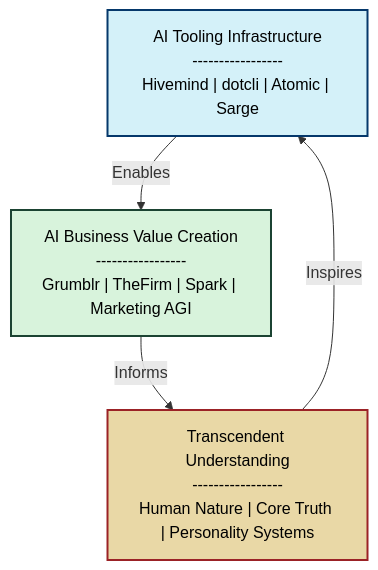
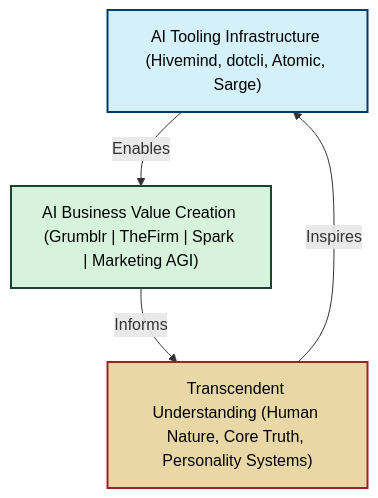
One commit to andrewhopper/vision316 changed the diagram in README.md. Above: the diagram before and after it, drawn with Mermaid.

Commit message:
update diagram

````diff
--- a/README.md
+++ b/README.md
@@ -3,18 +3,18 @@
 ```mermaid
 flowchart TD
-    Infrastructure["AI Tooling Infrastructure\n-----------------\nHivemind | dotcli | Atomic | Sarge"]
-    Business["AI Business Value Creation\n-----------------\nGrumblr | TheFirm | Spark | Marketing AGI"]
-    Transcendent["Transcendent Understanding\n-----------------\nHuman Nature | Core Truth | Personality Systems"]
+    Infrastructure["AI Tooling Infrastructure (Hivemind, dotcli, Atomic, Sarge)"]
+    Business["AI Business Value Creation (Grumblr | TheFirm | Spark | Marketing AGI)"]
+    Transcendent["Transcendent Understanding (Human Nature, Core Truth, Personality Systems)"]
     
     Infrastructure -->|"Enables"| Business
     Business -->|"Informs"| Transcendent
     Transcendent -->|"Inspires"| Infrastructure
     
     classDef infra fill:#d4f1f9,stroke:#05386B,stroke-width:2px,color:black
     classDef business fill:#d8f3dc,stroke:#1b4332,stroke-width:2px,color:black
     classDef transcend fill:#e9d8a6,stroke:#9b2226,stroke-width:2px,color:black
     
     class Infrastructure infra
     class Business business
     class Transcendent transcend
 ```
````
